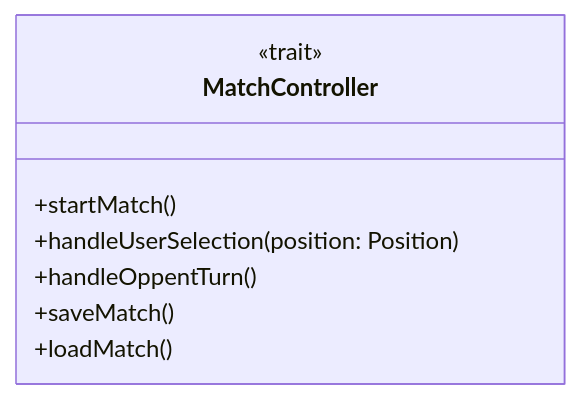
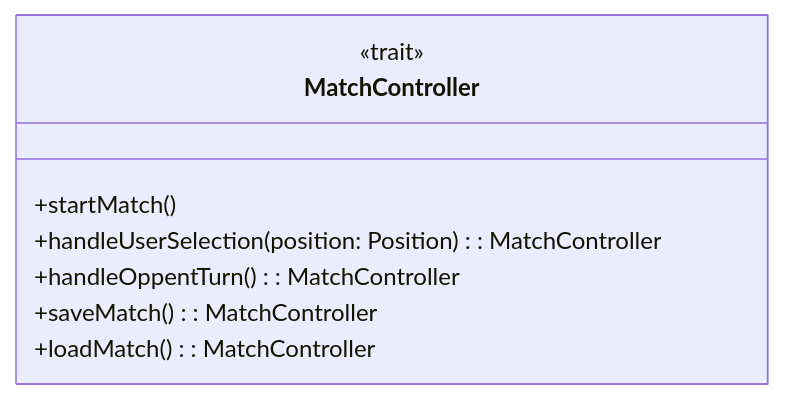
Before and after one commit to Borgotto/PPS-25-scalatello: the tenth of 11 diagrams in docs/report/5-detailed-design.md, drawn with Mermaid. The commit also changed 1 other file, not shown here.

Commit message:
Refactor: MatchController design
- Change output type of all functions except startMatch()

````diff
--- a/docs/report/5-detailed-design.md
+++ b/docs/report/5-detailed-design.md
@@ -244,11 +244,11 @@
 ```mermaid
 classDiagram
   class MatchController {
     <<trait>>
     +startMatch()
-    +handleUserSelection(position: Position)
-    +handleOppentTurn()
-    +saveMatch()
-    +loadMatch()
+    +handleUserSelection(position: Position): MatchController
+    +handleOppentTurn(): MatchController
+    +saveMatch(): MatchController
+    +loadMatch(): MatchController
   }
 ```
````
